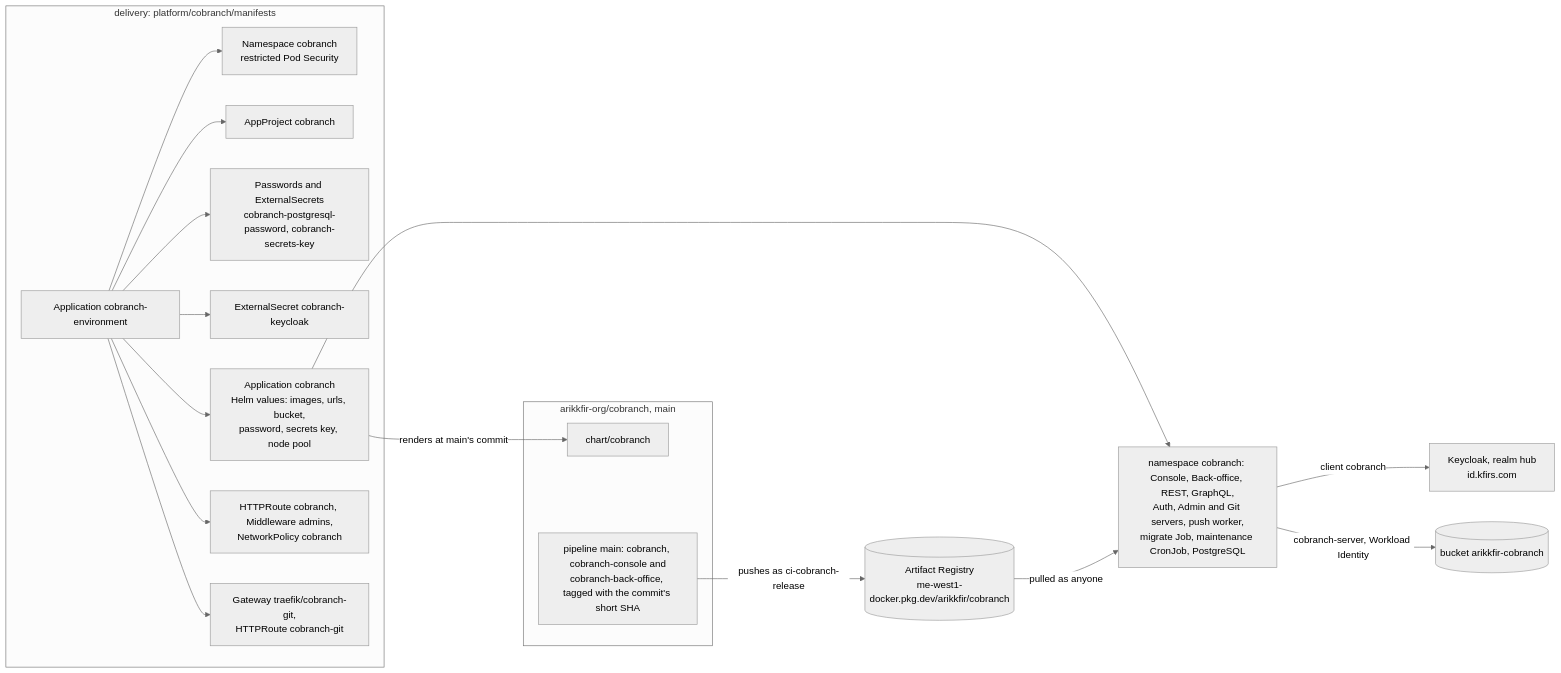
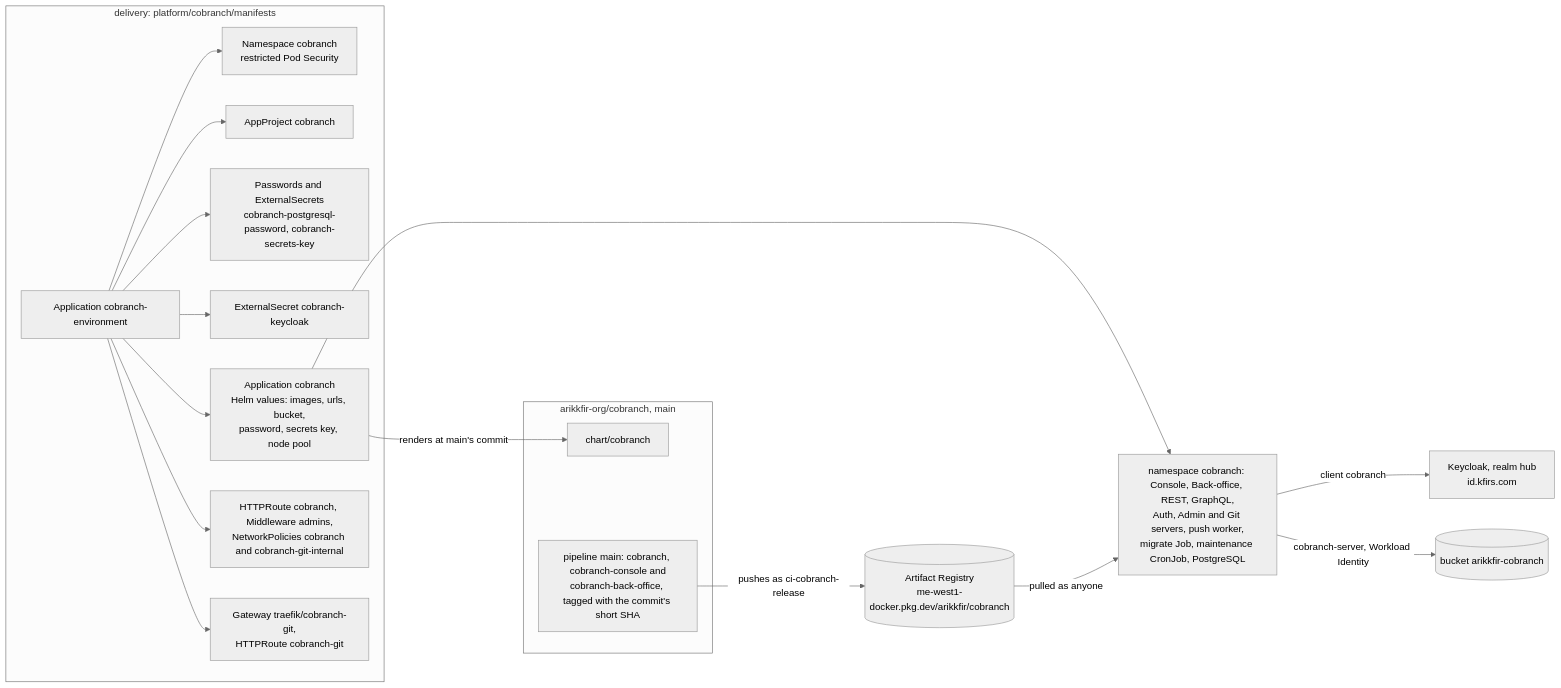
Before and after one commit to arikkfir-org/delivery: the first of 3 diagrams in docs/delivery/designs/cobranch.md, drawn with Mermaid (neutral theme). The commit also changed other lines of this file and 5 other files, not shown here.

First line of the commit message:
feat(cobranch): admit the API servers to the Git server's internal port

````diff
--- a/docs/delivery/designs/cobranch.md
+++ b/docs/delivery/designs/cobranch.md
@@ -13,22 +13,22 @@
 ```mermaid
 flowchart LR
   subgraph cobranchrepo["arikkfir-org/cobranch, main"]
     Chart["chart/cobranch"]
     Main["pipeline main: cobranch, cobranch-console and<br/>cobranch-back-office, tagged with the commit's short SHA"]
   end
   subgraph delivery["delivery: platform/cobranch/manifests"]
     Env["Application cobranch-environment"] --> NS["Namespace cobranch<br/>restricted Pod Security"]
     Env --> Project["AppProject cobranch"]
     Env --> Pass["Passwords and ExternalSecrets<br/>cobranch-postgresql-password, cobranch-secrets-key"]
     Env --> KC["ExternalSecret cobranch-keycloak"]
     Env --> App["Application cobranch<br/>Helm values: images, urls, bucket,<br/>password, secrets key, node pool"]
-    Env --> Gate["HTTPRoute cobranch, Middleware admins,<br/>NetworkPolicy cobranch"]
+    Env --> Gate["HTTPRoute cobranch, Middleware admins,<br/>NetworkPolicies cobranch and cobranch-git-internal"]
     Env --> Git["Gateway traefik/cobranch-git,<br/>HTTPRoute cobranch-git"]
   end
   Main -- "pushes as ci-cobranch-release" --> Reg[("Artifact Registry<br/>me-west1-docker.pkg.dev/arikkfir/cobranch")]
   App -- "renders at main's commit" --> Chart
   App --> Pods["namespace cobranch: Console, Back-office, REST, GraphQL,<br/>Auth, Admin and Git servers, push worker,<br/>migrate Job, maintenance CronJob, PostgreSQL"]
   Pods -- "client cobranch" --> Keycloak["Keycloak, realm hub<br/>id.kfirs.com"]
   Reg -- "pulled as anyone" --> Pods
   Pods -- "cobranch-server, Workload Identity" --> Bucket[("bucket arikkfir-cobranch")]
 ```
````
